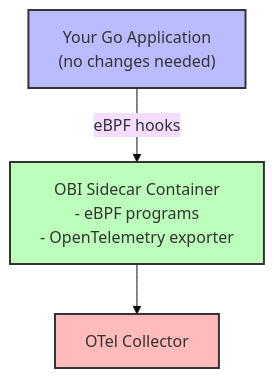
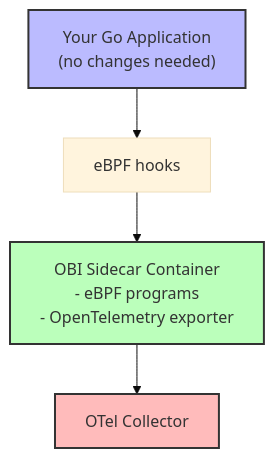
Before and after one commit to hannahkm/fosdem-2026: the third of 4 diagrams in presentation.md, drawn with Mermaid (base theme). The commit also changed 1 other file, not shown here.

Commit message:
style changes

````diff
--- a/presentation.md
+++ b/presentation.md
@@ -594,13 +594,15 @@
 ```mermaid
 graph TB
     app["Your Go Application<br/>(no changes needed)"]
+    ebpf[eBPF hooks]
     sidecar["OBI Sidecar Container<br/>- eBPF programs<br/>- OpenTelemetry exporter"]
     collector[OTel Collector]
 
-    app -->| eBPF hooks | sidecar
+    app --> ebpf
+    ebpf --> sidecar
     sidecar --> collector
 
     style app fill:#bbf,stroke:#333,stroke-width:2px
     style sidecar fill:#bfb,stroke:#333,stroke-width:2px
     style collector fill:#fbb,stroke:#333,stroke-width:2px
 ```
````
